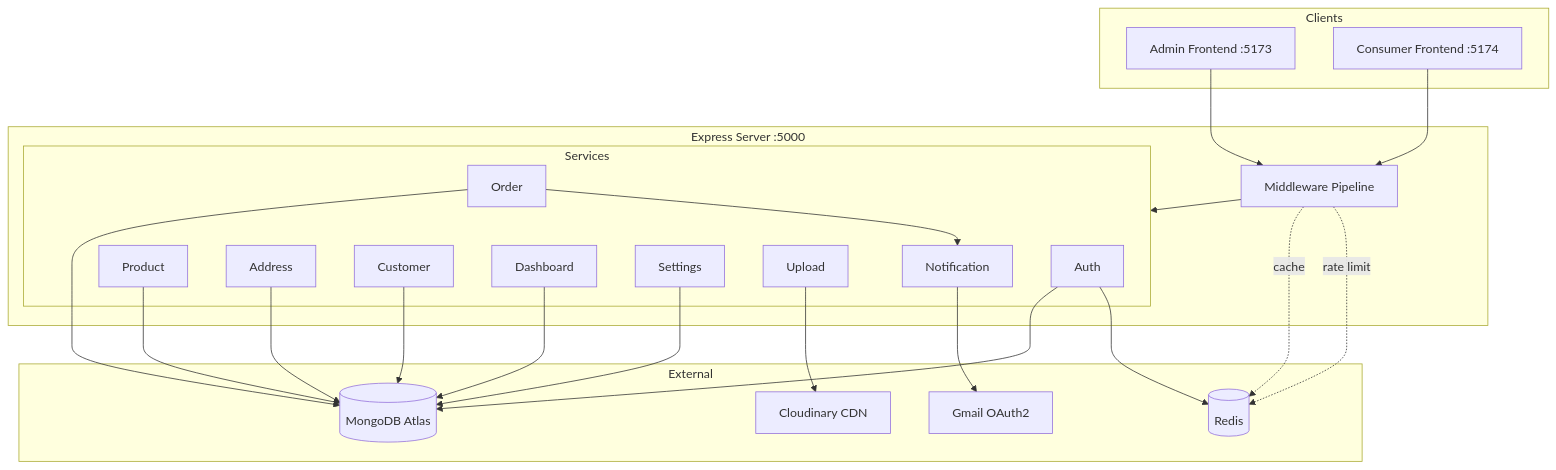
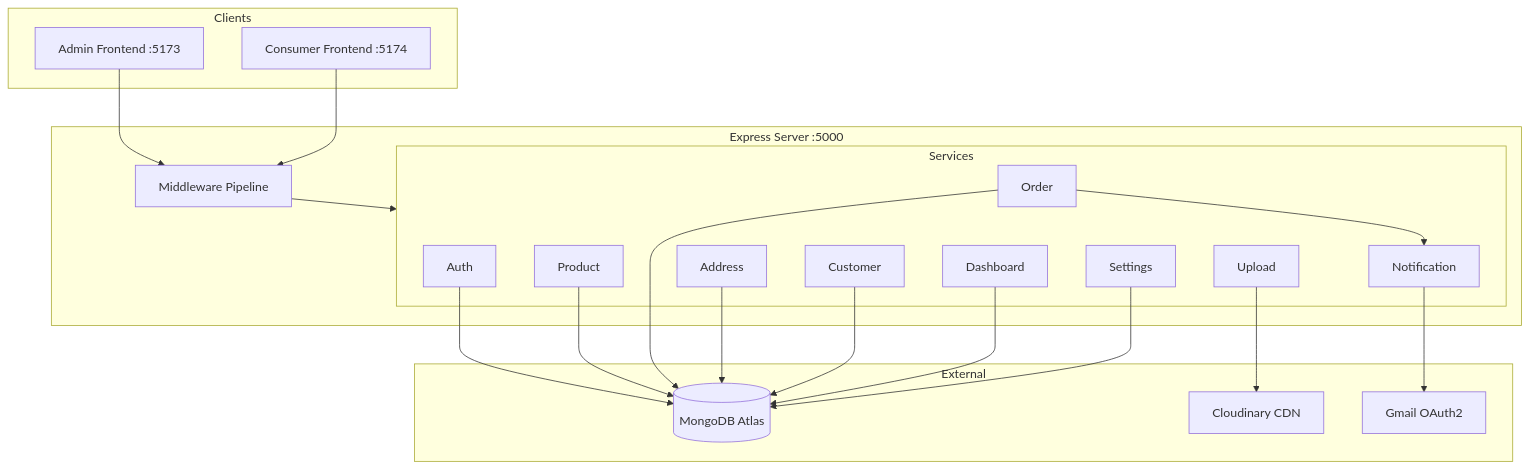
One commit to Akhilan11/oops-backend changed the first of 2 diagrams in README.md. Above: the diagram before and after it, drawn with Mermaid. The commit also changed 12 other files, not shown here.

````diff
--- a/README.md
+++ b/README.md
@@ -7,46 +7,42 @@
 ```mermaid
 graph TB
     subgraph Clients
         ADMIN[Admin Frontend :5173]
         CONSUMER[Consumer Frontend :5174]
     end
 
     subgraph "Express Server :5000"
         MW[Middleware Pipeline]
         subgraph Services
             AUTH[Auth]
             PROD[Product]
             ORD[Order]
             ADDR[Address]
             CUST[Customer]
             DASH[Dashboard]
             SET[Settings]
             UPL[Upload]
             NOTIF[Notification]
         end
     end
 
     subgraph External
         MONGO[(MongoDB Atlas)]
-        REDIS[(Redis)]
         CLOUD[Cloudinary CDN]
         GMAIL[Gmail OAuth2]
     end
 
     ADMIN --> MW
     CONSUMER --> MW
     MW --> Services
     AUTH --> MONGO
-    AUTH --> REDIS
     PROD --> MONGO
     ORD --> MONGO
     ORD --> NOTIF
     ADDR --> MONGO
     CUST --> MONGO
     DASH --> MONGO
     SET --> MONGO
     UPL --> CLOUD
     NOTIF --> GMAIL
-    MW -.->|cache| REDIS
-    MW -.->|rate limit| REDIS
 ```
````
